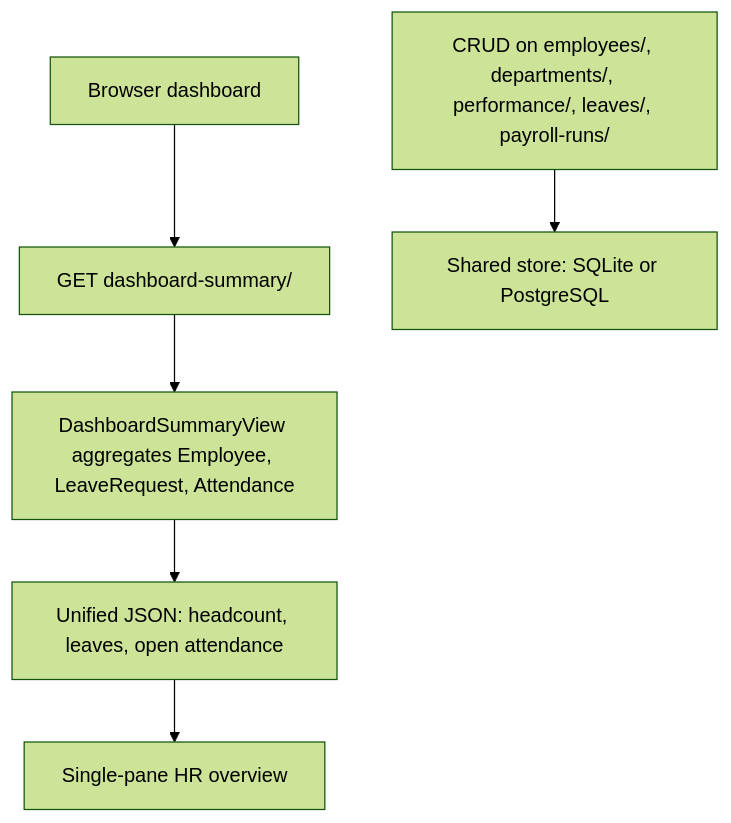
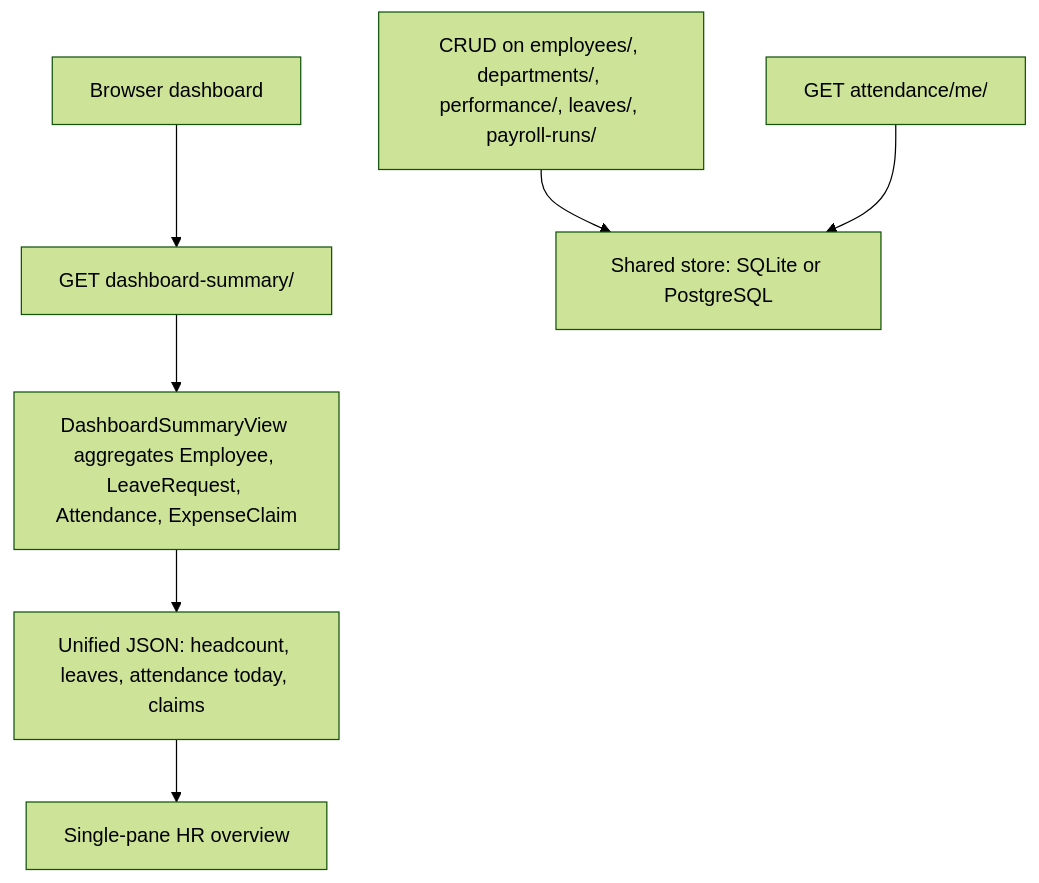
The first of 5 diagrams in docs/chapter3/CHAPTER3.md (kc4el/kumon-ems-), drawn with Mermaid (forest theme) before and after one commit. The commit also changed other lines of this file and 9 other files, not shown here.

Commit message:
docs: add Chapter 3 documentation on research design, system architecture, and project setup files

````diff
--- a/docs/chapter3/CHAPTER3.md
+++ b/docs/chapter3/CHAPTER3.md
@@ -62,8 +66,9 @@
 ```mermaid
 flowchart TD
     A[Browser dashboard] --> B[GET dashboard-summary/]
-    B --> C[DashboardSummaryView aggregates Employee, LeaveRequest, Attendance]
-    C --> D[Unified JSON: headcount, leaves, open attendance]
+    B --> C[DashboardSummaryView aggregates Employee, LeaveRequest, Attendance, ExpenseClaim]
+    C --> D[Unified JSON: headcount, leaves, attendance today, claims]
     E[CRUD on employees/, departments/, performance/, leaves/, payroll-runs/] --> F[Shared store: SQLite or PostgreSQL]
-    D --> G[Single-pane HR overview]
+    G[GET attendance/me/] --> F
+    D --> H[Single-pane HR overview]
 ```
````
